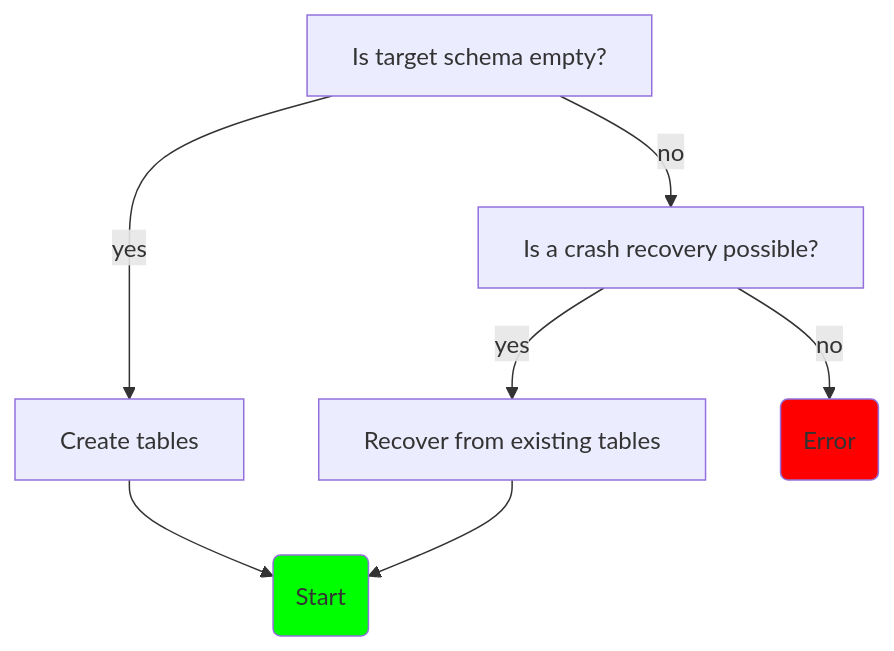
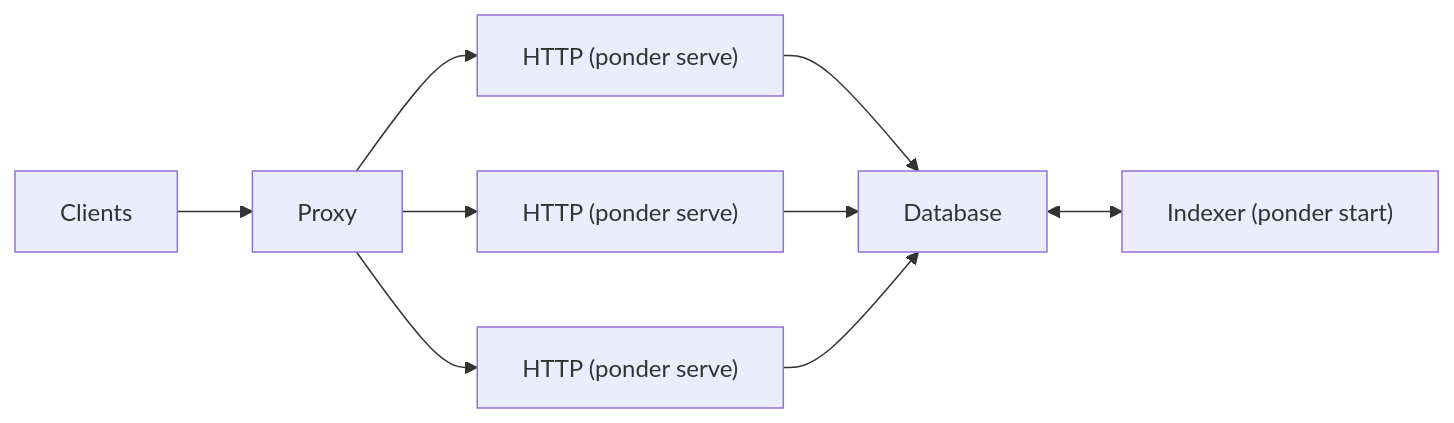
One commit to ponder-sh/ponder changed the diagram in docs/pages/docs/production/deploy.mdx. Above: the diagram before and after it, drawn with Mermaid. The commit also changed other lines of this file and 13 other files, not shown here.

````diff
--- a/docs/pages/docs/production/deploy.mdx
+++ b/docs/pages/docs/production/deploy.mdx
@@ -50,18 +131,18 @@
 ```mermaid
-flowchart TD
-  A[Is target schema empty?]
-  C[Is a crash recovery possible?]
-  D(Error)
-  E[Create tables]
-  F[Recover from existing tables]
-  G(Start)
-
-  A -- yes --> E
-  A -- no --> C
-  C -- yes --> F
-  C -- no --> D
-  E --> G
-  F --> G
-  style D fill:#f00
-  style G fill:#0f0
+graph LR
+  A[Clients]
+  B[Proxy]
+  C["HTTP (ponder serve)"]
+  D["HTTP (ponder serve)"]
+  E["HTTP (ponder serve)"]
+  F["Database"]
+  G["Indexer (ponder start)"]
+  A --> B
+  B --> C
+  B --> D
+  B --> E
+  C --> F
+  D --> F
+  E --> F
+  F <--> G
 ```
````
